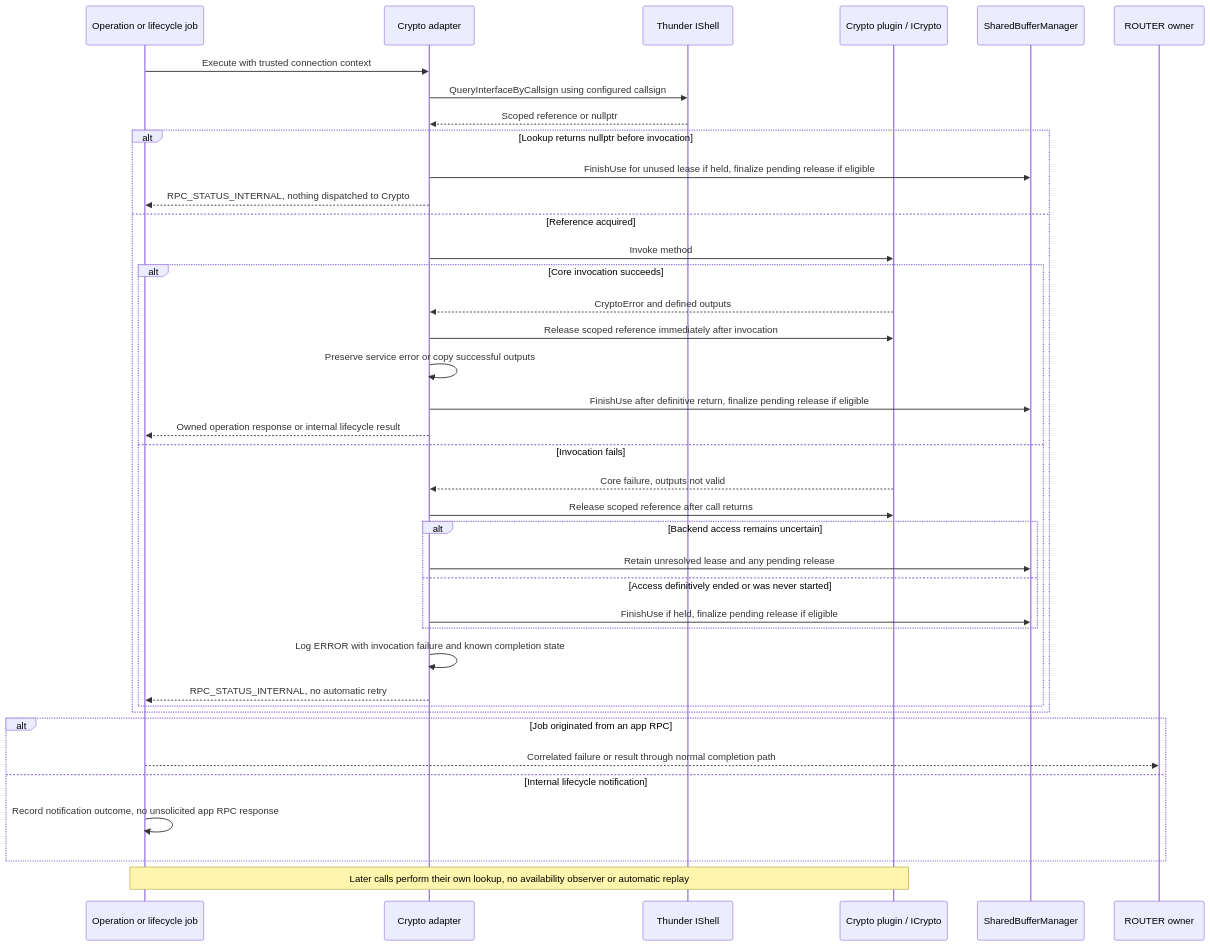
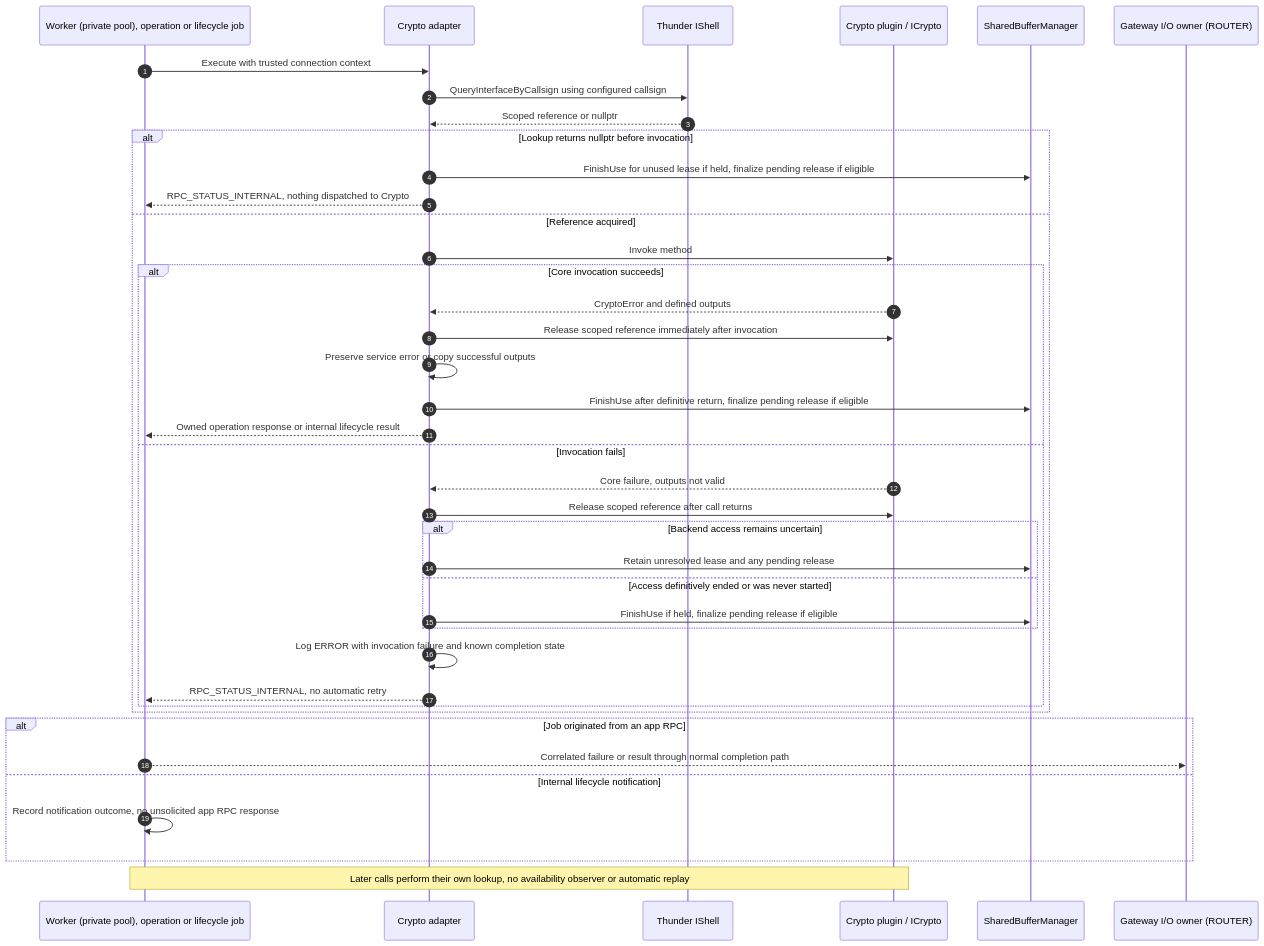
One commit to rdkcentral/eyil-secure-gateway changed diagram 16 of 19 in doc/EyilGateway.md. Above: the diagram before and after it, drawn with Mermaid. The commit also changed other lines of this file and 1 other file, not shown here.

Commit message:
RDKEMW-27976: Fix UML charts

````diff
--- a/doc/EyilGateway.md
+++ b/doc/EyilGateway.md
@@ -2496,41 +2343,42 @@
 ```mermaid
 sequenceDiagram
-    participant J as Operation or lifecycle job
+    autonumber
+    participant J as Worker (private pool), operation or lifecycle job
     participant A as Crypto adapter
     participant T as Thunder IShell
     participant C as Crypto plugin / ICrypto
     participant B as SharedBufferManager
-    participant R as ROUTER owner
+    participant R as Gateway I/O owner (ROUTER)
     J->>A: Execute with trusted connection context
     A->>T: QueryInterfaceByCallsign using configured callsign
     T-->>A: Scoped reference or nullptr
     alt Lookup returns nullptr before invocation
         A->>B: FinishUse for unused lease if held, finalize pending release if eligible
         A-->>J: RPC_STATUS_INTERNAL, nothing dispatched to Crypto
     else Reference acquired
         A->>C: Invoke method
         alt Core invocation succeeds
             C-->>A: CryptoError and defined outputs
             A->>C: Release scoped reference immediately after invocation
             A->>A: Preserve service error or copy successful outputs
             A->>B: FinishUse after definitive return, finalize pending release if eligible
             A-->>J: Owned operation response or internal lifecycle result
         else Invocation fails
             C-->>A: Core failure, outputs not valid
             A->>C: Release scoped reference after call returns
             alt Backend access remains uncertain
                 A->>B: Retain unresolved lease and any pending release
             else Access definitively ended or was never started
                 A->>B: FinishUse if held, finalize pending release if eligible
             end
             A->>A: Log ERROR with invocation failure and known completion state
             A-->>J: RPC_STATUS_INTERNAL, no automatic retry
         end
     end
     alt Job originated from an app RPC
         J-->>R: Correlated failure or result through normal completion path
     else Internal lifecycle notification
         J->>J: Record notification outcome, no unsolicited app RPC response
     end
     Note over J,C: Later calls perform their own lookup, no availability observer or automatic replay
 ```
````
